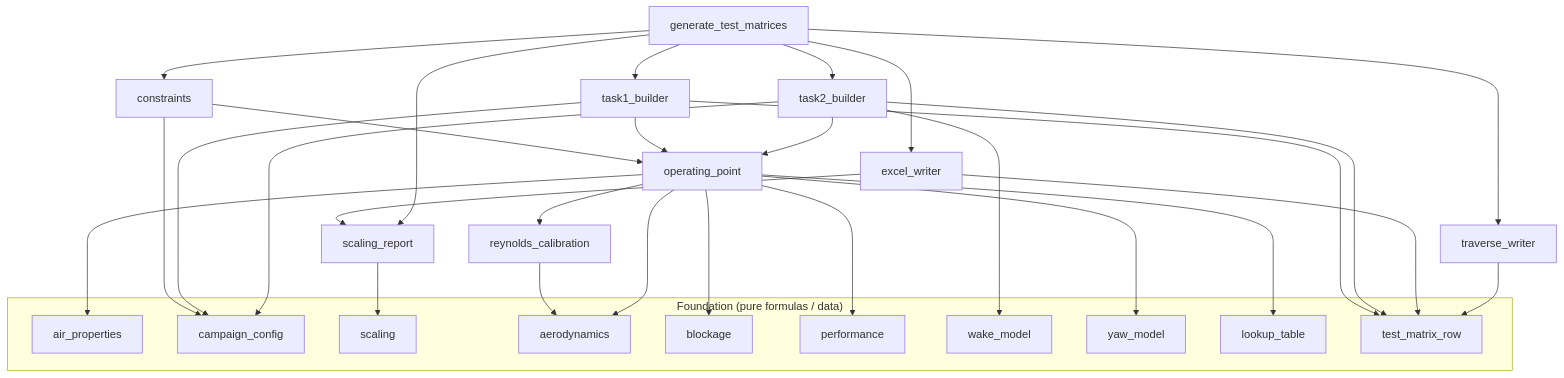
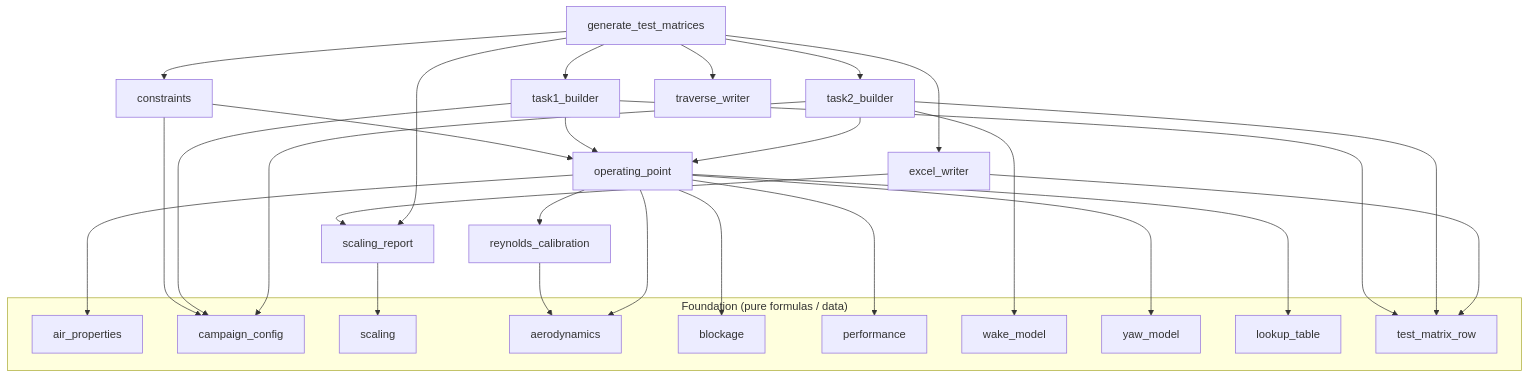
The first of 2 diagrams in README.md (GeorgeLeatherby/wind-tunnel-testing), drawn with Mermaid before and after one commit. The commit also changed other lines of this file and 13 other files, not shown here.

````diff
--- a/README.md
+++ b/README.md
@@ -192,42 +196,42 @@
 ```mermaid
 graph TD
     subgraph Foundation["Foundation (pure formulas / data)"]
         AC[air_properties]
         CFG[campaign_config]
         SC[scaling]
         AE[aerodynamics]
         BL[blockage]
         PF[performance]
         WM[wake_model]
         YM[yaw_model]
         LT[lookup_table]
         TR[test_matrix_row]
     end
     RC[reynolds_calibration] --> AE
     SR[scaling_report] --> SC
     OP[operating_point] --> AE
     OP --> AC
     OP --> BL
     OP --> LT
     OP --> PF
     OP --> RC
     OP --> YM
     CN[constraints] --> CFG
     CN --> OP
     T1[task1_builder] --> CFG
     T1 --> OP
     T1 --> TR
     T2[task2_builder] --> CFG
     T2 --> OP
     T2 --> TR
     T2 --> WM
     EW[excel_writer] --> SR
     EW --> TR
-    TW[traverse_writer] --> TR
+    TW[traverse_writer]
     MAIN[generate_test_matrices] --> T1
     MAIN --> T2
     MAIN --> EW
     MAIN --> TW
     MAIN --> CN
     MAIN --> SR
 ```
````
